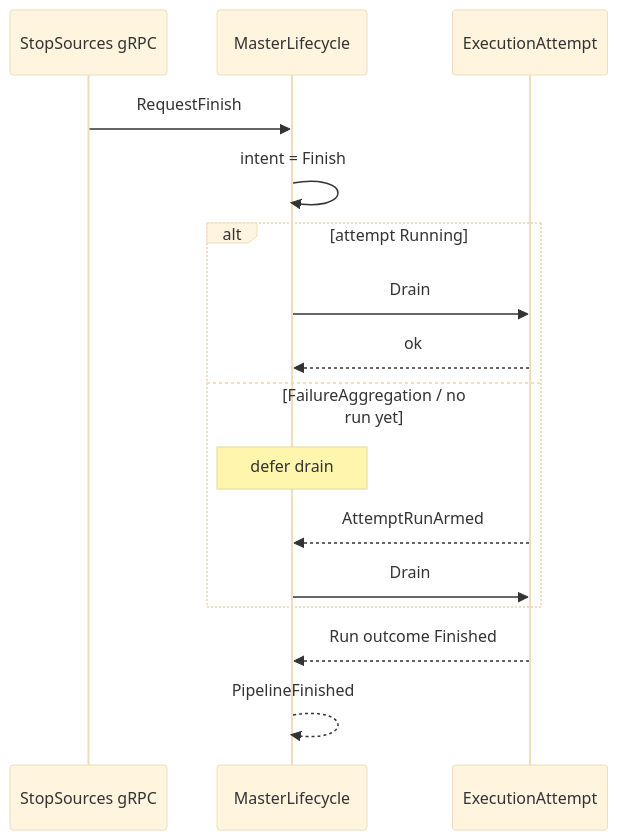
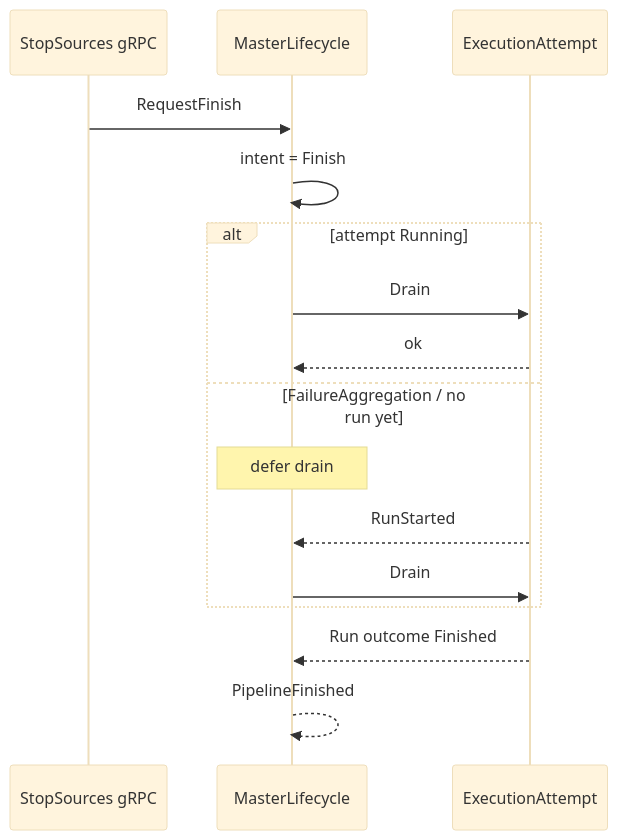
Before and after one commit to volga-project/volga: the fifth of 5 diagrams in docs/engineering/stress-concurrency-actors-notes.md, drawn with Mermaid (base theme). The commit also changed other lines of this file, not shown here.

Commit message:
Rename AttemptRunArmed to RunStarted in notes.

````diff
--- a/docs/engineering/stress-concurrency-actors-notes.md
+++ b/docs/engineering/stress-concurrency-actors-notes.md
@@ -614,18 +614,18 @@
 ```mermaid
 sequenceDiagram
   participant GRPC as StopSources gRPC
   participant Life as MasterLifecycle
   participant Att as ExecutionAttempt
   GRPC->>Life: RequestFinish
   Life->>Life: intent = Finish
   alt attempt Running
     Life->>Att: Drain
     Att-->>Life: ok
   else FailureAggregation / no run yet
     Note over Life: defer drain
-    Att-->>Life: AttemptRunArmed
+    Att-->>Life: RunStarted
     Life->>Att: Drain
   end
   Att-->>Life: Run outcome Finished
   Life-->>Life: PipelineFinished
 ```
````
